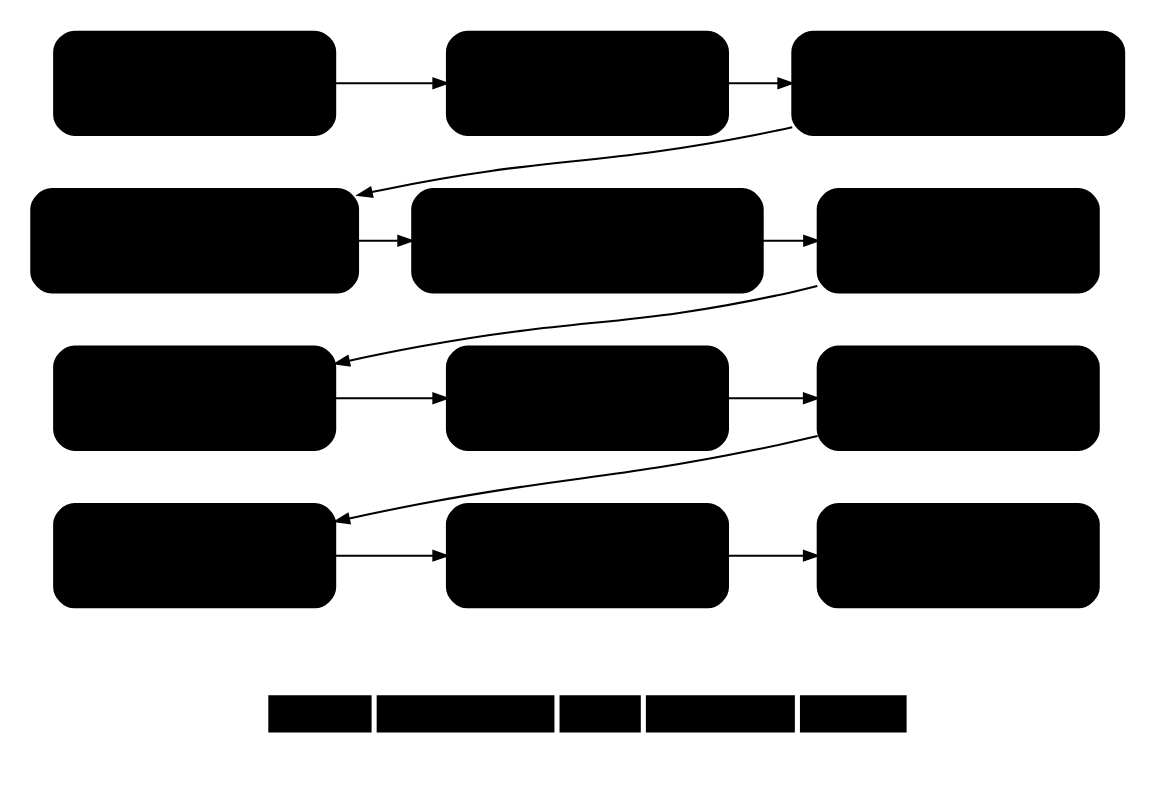
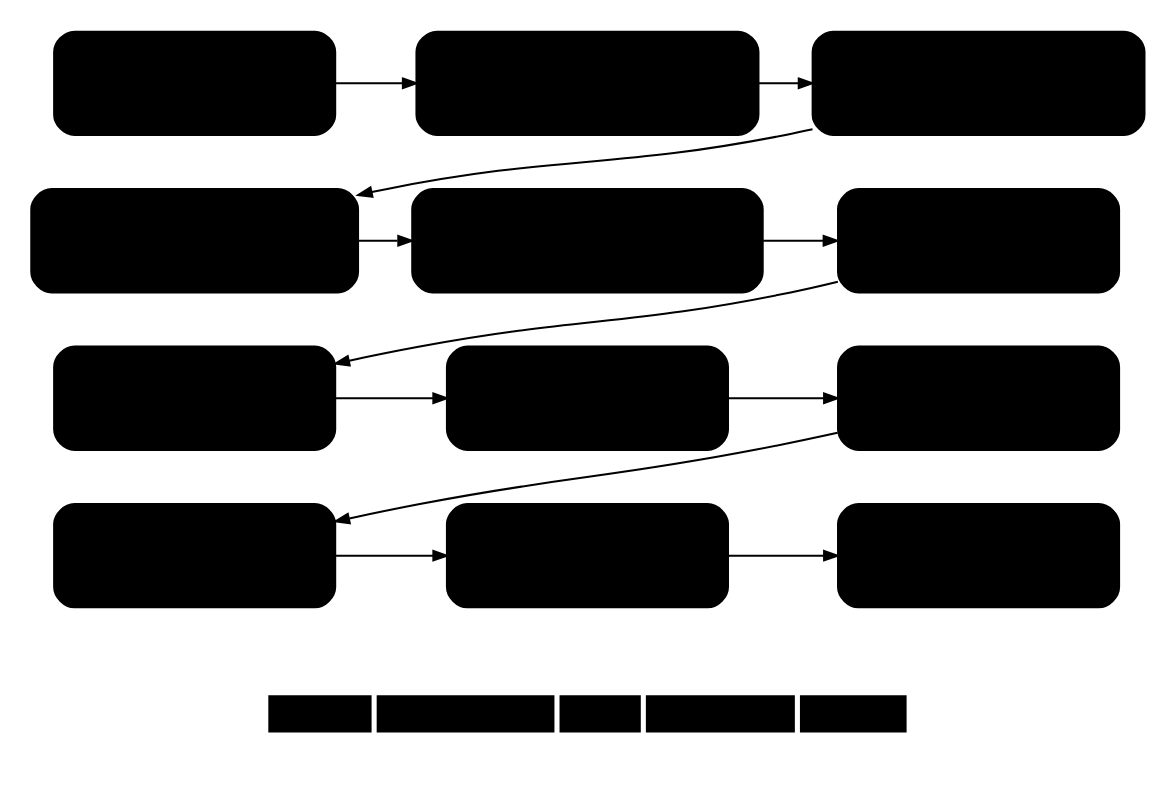
The diagram in docs/deliverables/src/BRD-13_Data_Migration/figures/brd13_cutover_timeline.dot (IortaTexhNXT-DEV/FinVerse), drawn with Graphviz before and after one commit. The commit also changed 9 other files, not shown here.

Commit message:
Clean the BRD-13 migration document set and workbook of build waves, internal names and defect wording

```diff
--- a/docs/deliverables/src/BRD-13_Data_Migration/figures/brd13_cutover_timeline.dot
+++ b/docs/deliverables/src/BRD-13_Data_Migration/figures/brd13_cutover_timeline.dot
@@ -1,52 +1,52 @@
 // BRD-13 Data Migration: migration calendar on the BDOI timeline (FRS section 2.4; BRID 12.1).
 // Go-live January 2028 (recommended Monday 3 January 2028, at the year-end boundary). Colour tokens are replaced by tools/deliverables before
 // rendering. Four rows of three, read left to right.
 digraph dm_cutover {
   graph [rankdir=TB, fontname="Arial", nodesep=0.45, ranksep=0.45, bgcolor="white", pad=0.15, newrank=true];
   node  [shape=box, style="rounded,filled", color="@HEADER_BLUE", penwidth=1.2, fontname="Arial",
          fontsize=12, fontcolor="@NEAR_BLACK", width=2.3, height=0.85, margin="0.12,0.06", fillcolor="@BG_BLUE"];
   edge  [color="@HEADER_BLUE", arrowsize=0.8, penwidth=1.2];
 
   a1 [label=<<b>Sep-Oct 2026</b><br/><font point-size="10">object decisions (G1),<br/>layouts, code map owners</font>>];
-  a2 [label=<<b>Nov 2026-Mar 2027</b><br/><font point-size="10">build in trial-migration order;<br/>first extracts, profiling</font>>];
+  a2 [label=<<b>Nov 2026-Mar 2027</b><br/><font point-size="10">system preparation in trial-migration order;<br/>first extracts, profiling</font>>];
   a3 [label=<<b>Apr 2027: Trial migration 1 (SIT)</b><br/><font point-size="10">reference data and clients<br/>first; headers, RA file</font>>, fillcolor="@DIRTY_WHITE"];
 
   b1 [label=<<b>Jul 2027: Trial migration 2 (SIT)</b><br/><font point-size="10">all objects end to end,<br/>reconciliation L1-L5</font>>, fillcolor="@DIRTY_WHITE"];
   b2 [label=<<b>Aug and Oct 2027</b><br/><font point-size="10">Trial migration 3 UAT load, Trial migration 4<br/>UAT refresh (timed)</font>>, fillcolor="@DIRTY_WHITE"];
   b3 [label=<<b>Nov 2027</b><br/><font point-size="10">dress rehearsal, timed,<br/>rollback rehearsed</font>>, fillcolor="@DIRTY_WHITE"];
 
   c1 [label=<<b>20 Dec 2027 (T-14)</b><br/><font point-size="10">production pre-load:<br/>reference, clients, deltas</font>>, fillcolor="@AMBER_BG"];
   c2 [label=<<b>27 Dec 2027 (T-7)</b><br/><font point-size="10">code map freeze,<br/>reference change freeze</font>>, fillcolor="@AMBER_BG"];
   c3 [label=<<b>31 Dec 2027 (T-3)</b><br/><font point-size="10">legacy EOD, freeze; legacy<br/>GL for FY2027 only</font>>, fillcolor="@YELLOW"];
 
   d1 [label=<<b>1 Jan 2028 (T-2)</b><br/><font point-size="10">final extracts, snapshot,<br/>loads, provisional GL</font>>, fillcolor="@YELLOW"];
   d2 [label=<<b>2 Jan 2028 (T-1)</b><br/><font point-size="10">reconciliation, sign-offs,<br/>go / no-go 18:00</font>>, fillcolor="@YELLOW"];
   d3 [label=<<b>3 Jan 2028 (T) and after</b><br/><font point-size="10">go-live, hypercare,<br/>true-ups to Apr 2028</font>>, fillcolor="@SUCCESS_BG", color="@SUCCESS"];
 
   { rank=same; a1; a2; a3; }
   { rank=same; b1; b2; b3; }
   { rank=same; c1; c2; c3; }
   { rank=same; d1; d2; d3; }
   a1 -> a2 -> a3;
   b1 -> b2 -> b3;
   c1 -> c2 -> c3;
   d1 -> d2 -> d3;
   a1 -> b1 -> c1 -> d1 [style=invis, weight=10];
   a2 -> b2 -> c2 -> d2 [style=invis, weight=10];
   a3 -> b3 -> c3 -> d3 [style=invis, weight=10];
   a3 -> b1 [constraint=false];
   b3 -> c1 [constraint=false];
   c3 -> d1 [constraint=false];
 
   legend [shape=plaintext, style="", label=<
     <table border="0" cellborder="1" cellspacing="4" cellpadding="4">
       <tr>
         <td bgcolor="@BG_BLUE" color="@HEADER_BLUE"><font point-size="10">Preparation</font></td>
         <td bgcolor="@DIRTY_WHITE" color="@HEADER_BLUE"><font point-size="10">Rehearsals (masked)</font></td>
         <td bgcolor="@AMBER_BG" color="@HEADER_BLUE"><font point-size="10">Pre-load</font></td>
         <td bgcolor="@YELLOW" color="@HEADER_BLUE"><font point-size="10">Cutover weekend</font></td>
         <td bgcolor="@SUCCESS_BG" color="@SUCCESS"><font point-size="10">Live, run-off</font></td>
       </tr>
     </table>>];
   d2 -> legend [style=invis];
 }
```
